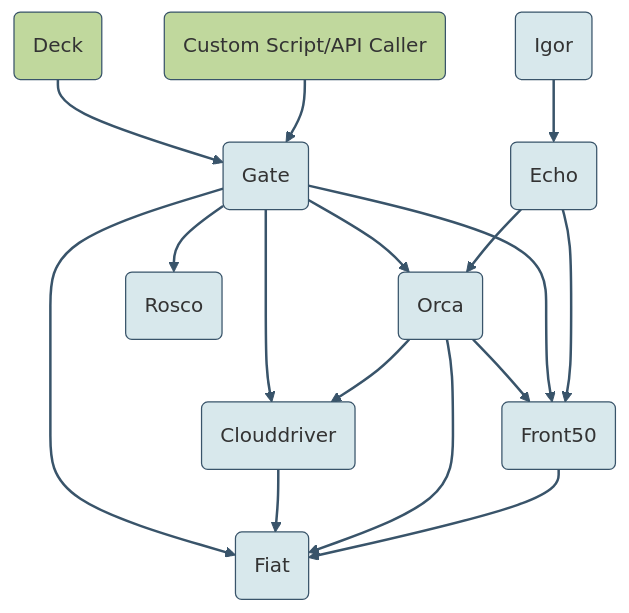
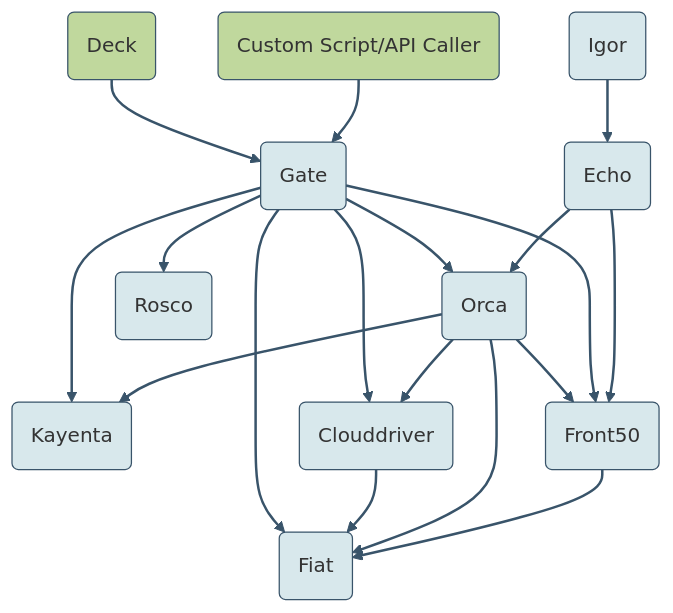
One commit to spinnaker/spinnaker.github.io changed the diagram in reference/architecture/index.md. Above: the diagram before and after it, drawn with Mermaid. The commit also changed other lines of this file and 4 other files, not shown here.

```diff
--- a/reference/architecture/index.md
+++ b/reference/architecture/index.md
@@ -42,26 +44,28 @@
 <div class="mermaid">
 graph TB
 
+gate --> kayenta(Kayenta);
+orca --> kayenta;
 deck(Deck) --> gate;
 api(Custom Script/API Caller) --> gate(Gate);
-
 gate --> orca(Orca);
 gate --> clouddriver(Clouddriver);
 orca --> clouddriver;
 gate --> rosco(Rosco);
 orca --> front50;
 gate --> front50(Front50);
 gate --> fiat(Fiat);
 clouddriver --> fiat;
 orca --> fiat;
 front50 --> fiat;
 echo(Echo) --> orca;
 echo --> front50;
 igor(Igor) --> echo;
 
+
 classDef default fill:#d8e8ec,stroke:#39546a;
 linkStyle default stroke:#39546a,stroke-width:2px,fill:none;
 
 classDef external fill:#c0d89d,stroke:#39546a;
 class deck,api external
 </div>
```
